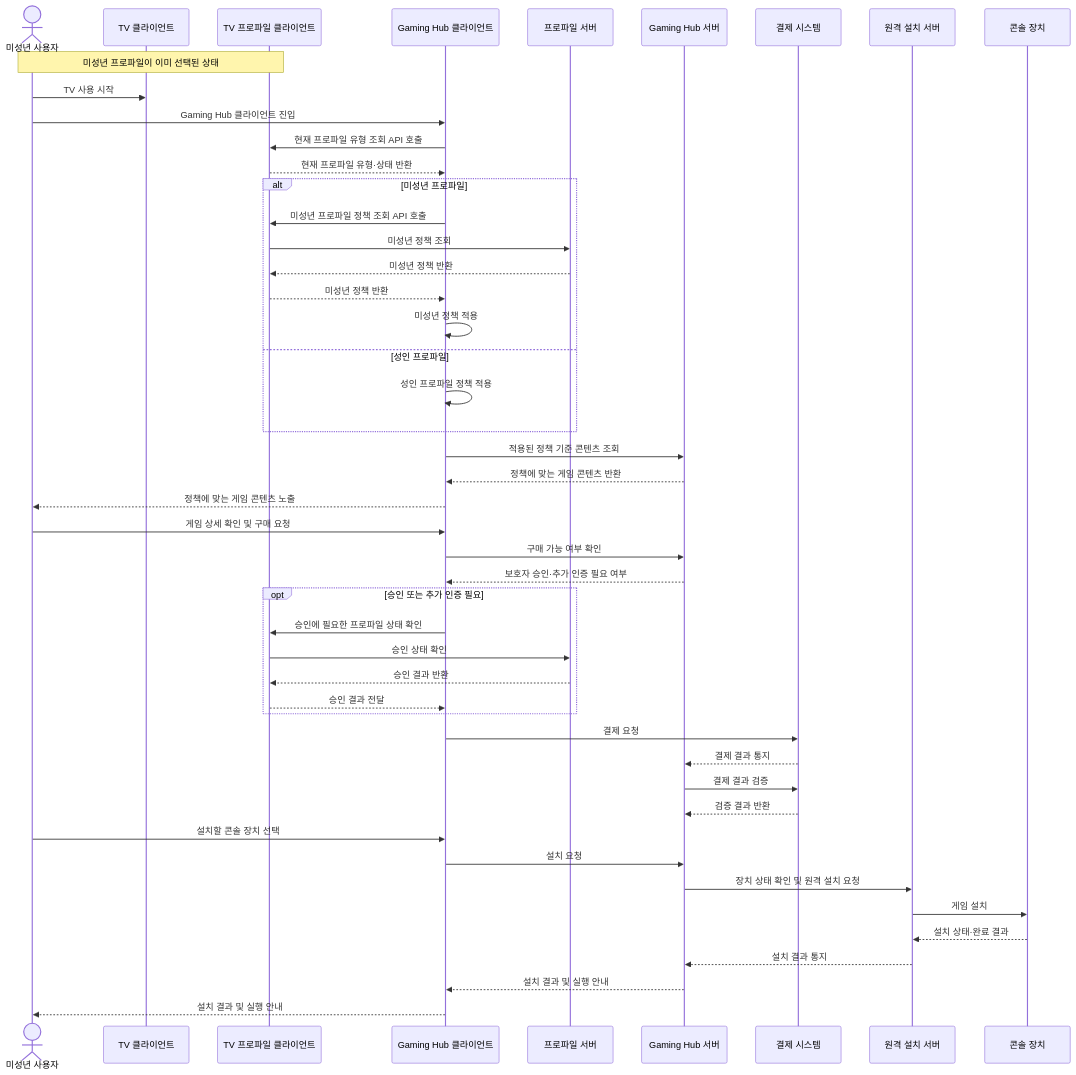
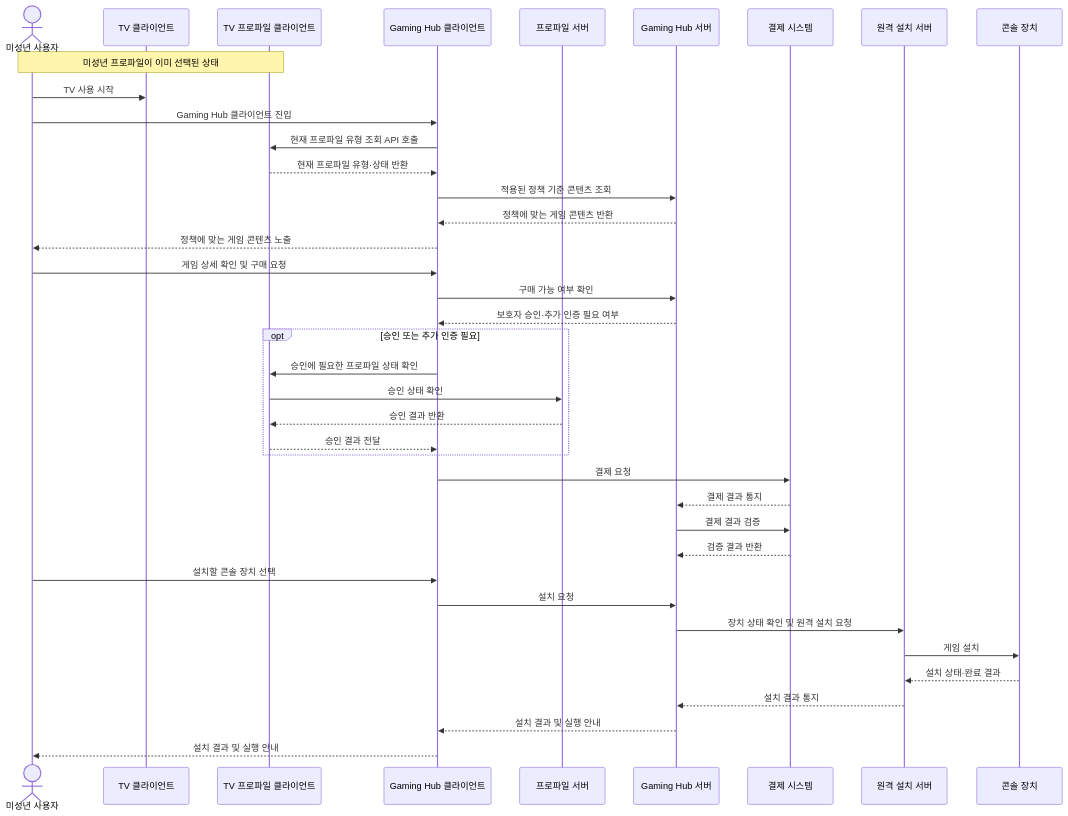
One commit to seock04/gaming-hub-console-content changed the first of 5 diagrams in docs/decision-point-2-architecture.md. Above: the diagram before and after it, drawn with Mermaid.

Commit message:
Remove redundant profile policy branch

````diff
--- a/docs/decision-point-2-architecture.md
+++ b/docs/decision-point-2-architecture.md
@@ -69,51 +69,42 @@
 ```mermaid
 sequenceDiagram
     actor User as 미성년 사용자
     participant TV as TV 클라이언트
     participant Profile as TV 프로파일 클라이언트
     participant HubClient as Gaming Hub 클라이언트
     participant ProfileServer as 프로파일 서버
     participant Hub as Gaming Hub 서버
     participant Pay as 결제 시스템
     participant Install as 원격 설치 서버
     participant Console as 콘솔 장치
 
     Note over User,Profile: 미성년 프로파일이 이미 선택된 상태
     User->>TV: TV 사용 시작
     User->>HubClient: Gaming Hub 클라이언트 진입
     HubClient->>Profile: 현재 프로파일 유형 조회 API 호출
     Profile-->>HubClient: 현재 프로파일 유형·상태 반환
-    alt 미성년 프로파일
-        HubClient->>Profile: 미성년 프로파일 정책 조회 API 호출
-        Profile->>ProfileServer: 미성년 정책 조회
-        ProfileServer-->>Profile: 미성년 정책 반환
-        Profile-->>HubClient: 미성년 정책 반환
-        HubClient->>HubClient: 미성년 정책 적용
-    else 성인 프로파일
-        HubClient->>HubClient: 성인 프로파일 정책 적용
-    end
     HubClient->>Hub: 적용된 정책 기준 콘텐츠 조회
     Hub-->>HubClient: 정책에 맞는 게임 콘텐츠 반환
     HubClient-->>User: 정책에 맞는 게임 콘텐츠 노출
     User->>HubClient: 게임 상세 확인 및 구매 요청
     HubClient->>Hub: 구매 가능 여부 확인
     Hub-->>HubClient: 보호자 승인·추가 인증 필요 여부
     opt 승인 또는 추가 인증 필요
         HubClient->>Profile: 승인에 필요한 프로파일 상태 확인
         Profile->>ProfileServer: 승인 상태 확인
         ProfileServer-->>Profile: 승인 결과 반환
         Profile-->>HubClient: 승인 결과 전달
     end
     HubClient->>Pay: 결제 요청
     Pay-->>Hub: 결제 결과 통지
     Hub->>Pay: 결제 결과 검증
     Pay-->>Hub: 검증 결과 반환
     User->>HubClient: 설치할 콘솔 장치 선택
     HubClient->>Hub: 설치 요청
     Hub->>Install: 장치 상태 확인 및 원격 설치 요청
     Install->>Console: 게임 설치
     Console-->>Install: 설치 상태·완료 결과
     Install-->>Hub: 설치 결과 통지
     Hub-->>HubClient: 설치 결과 및 실행 안내
     HubClient-->>User: 설치 결과 및 실행 안내
 ```
````
